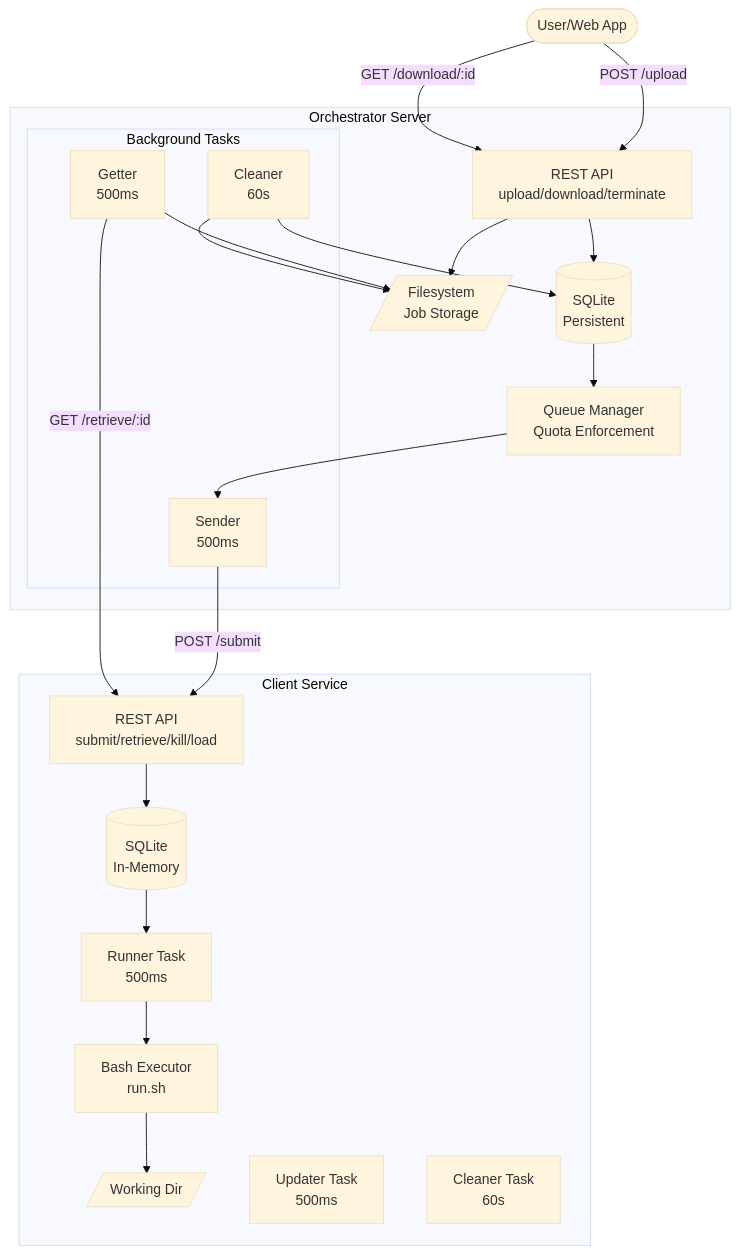
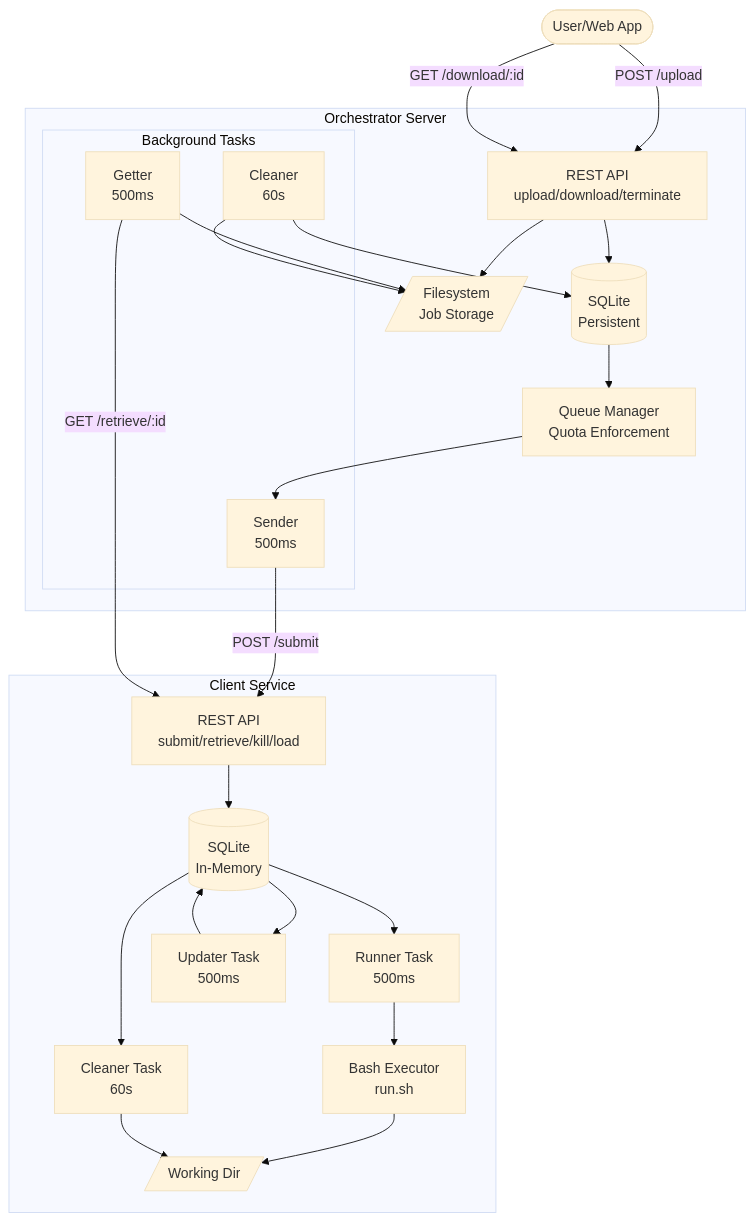
Before and after one commit to rvhonorato/job-orchestrator: the diagram in docs/src/architecture/overview.md, drawn with Mermaid (base theme). The commit also changed 19 other files, not shown here.

````diff
--- a/docs/src/architecture/overview.md
+++ b/docs/src/architecture/overview.md
@@ -7,37 +7,41 @@
 ```mermaid
 flowchart TB
  subgraph Tasks["Background Tasks"]
         Sender["Sender<br>500ms"]
         Getter["Getter<br>500ms"]
         Cleaner["Cleaner<br>60s"]
   end
  subgraph Server["Orchestrator Server"]
         API["REST API<br>upload/download/terminate"]
         DB[("SQLite<br>Persistent")]
         FS[/"Filesystem<br>Job Storage"/]
         Tasks
         Queue["Queue Manager<br>Quota Enforcement"]
   end
  subgraph Client["Client Service"]
         ClientAPI["REST API<br>submit/retrieve/kill/load"]
         ClientDB[("SQLite<br>In-Memory")]
         ClientFS[/"Working Dir"/]
         Runner["Runner Task<br>500ms"]
         Updater["Updater Task<br>500ms"]
         ClientCleaner["Cleaner Task<br>60s"]
         Executor["Bash Executor<br>run.sh"]
   end
     User(["User/Web App"]) -- POST /upload --> API
     User -- GET /download/:id --> API
     API --> DB & FS
     DB --> Queue
     Queue --> Sender
     Sender -- POST /submit --> ClientAPI
     Getter -- GET /retrieve/:id --> ClientAPI
     Getter --> FS
     Cleaner --> DB & FS
     ClientAPI --> ClientDB
     ClientDB --> Runner
     Runner --> Executor
     Executor --> ClientFS
+    ClientDB --> Updater
+    Updater --> ClientDB
+    ClientDB --> ClientCleaner
+    ClientCleaner --> ClientFS
 ```
````
